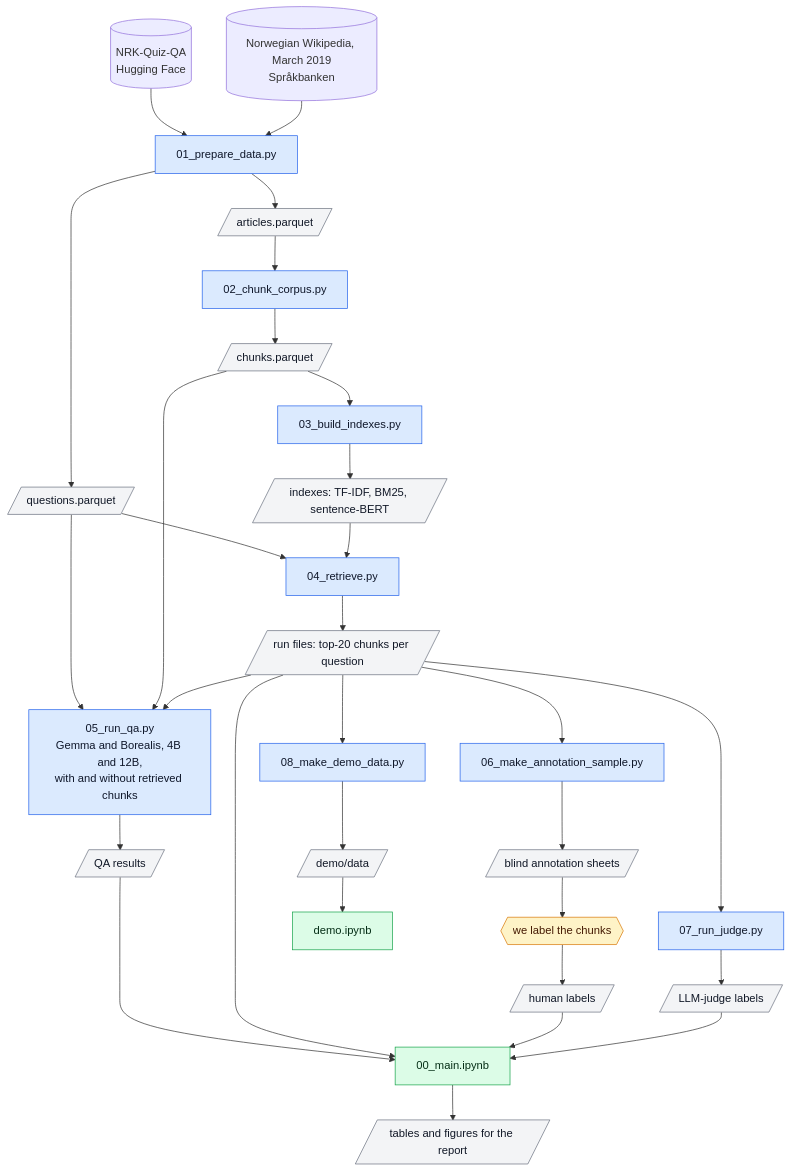
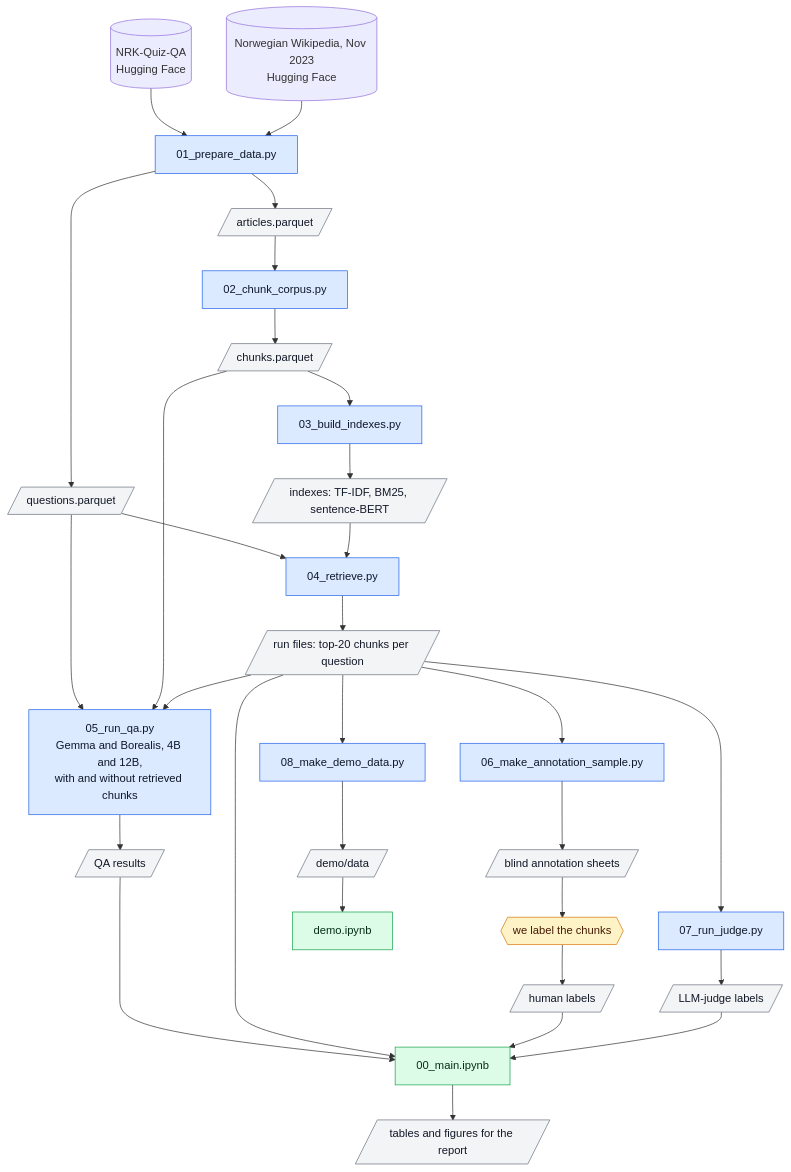
The diagram in README.md (Morttra/BBAN4040-spraakteknologi), drawn with Mermaid before and after one commit. The commit also changed other lines of this file and 7 other files, not shown here.

````diff
--- a/README.md
+++ b/README.md
@@ -44,41 +44,41 @@
 ```mermaid
 flowchart TD
     NRK[("NRK-Quiz-QA<br/>Hugging Face")]
-    WIKI[("Norwegian Wikipedia, March 2019<br/>Språkbanken")]
+    WIKI[("Norwegian Wikipedia, Nov 2023<br/>Hugging Face")]
 
     NRK --> S01
     WIKI --> S01
     S01["01_prepare_data.py"] --> Q[/"questions.parquet"/]
     S01 --> A[/"articles.parquet"/]
     A --> S02["02_chunk_corpus.py"] --> C[/"chunks.parquet"/]
     C --> S03["03_build_indexes.py"] --> I[/"indexes: TF-IDF, BM25, sentence-BERT"/]
     Q --> S04["04_retrieve.py"]
     I --> S04
     S04 --> R[/"run files: top-20 chunks per question"/]
 
     Q --> S05["05_run_qa.py<br/>Gemma and Borealis, 4B and 12B,<br/>with and without retrieved chunks"]
     C --> S05
     R --> S05
     S05 --> QA[/"QA results"/]
 
     R --> S06["06_make_annotation_sample.py"] --> SH[/"blind annotation sheets"/]
     SH --> H{{"we label the chunks"}} --> L[/"human labels"/]
     R --> S07["07_run_judge.py"] --> J[/"LLM-judge labels"/]
 
     QA --> M["00_main.ipynb"]
     R --> M
     L --> M
     J --> M
     M --> OUT[/"tables and figures for the report"/]
 
     R --> S08["08_make_demo_data.py"] --> D[/"demo/data"/] --> DEMO["demo.ipynb"]
 
     classDef script fill:#dbeafe,stroke:#2563eb,color:#0f172a
     classDef file fill:#f3f4f6,stroke:#6b7280,color:#111827
     classDef notebook fill:#dcfce7,stroke:#16a34a,color:#052e16
     classDef manual fill:#fef3c7,stroke:#d97706,color:#451a03
     class S01,S02,S03,S04,S05,S06,S07,S08 script
     class Q,A,C,I,R,QA,SH,L,J,OUT,D file
     class M,DEMO notebook
     class H manual
 ```
````
